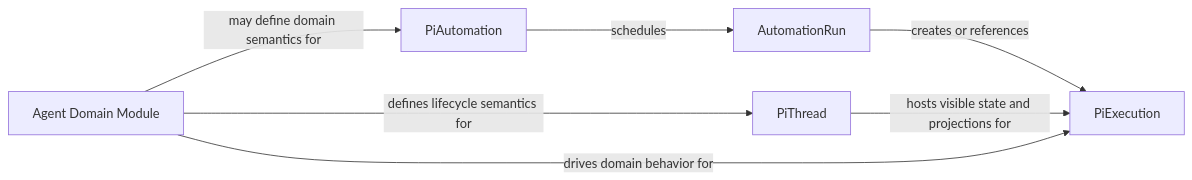
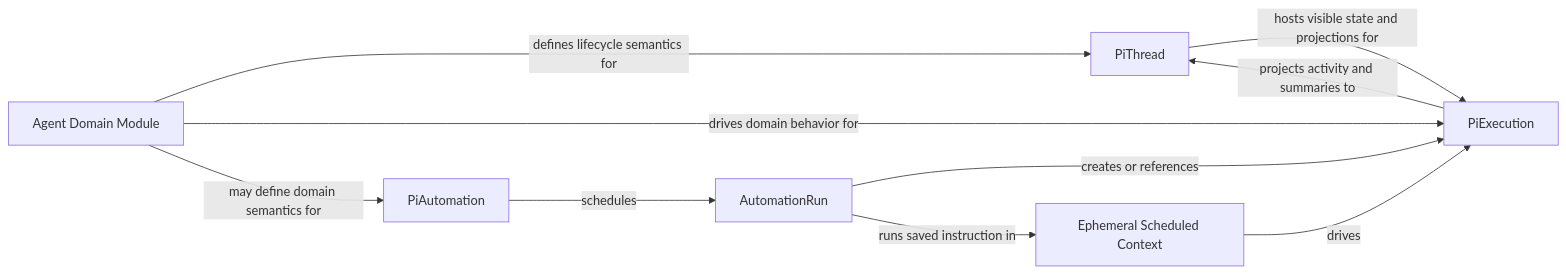
The third of 7 diagrams in typescript/clients/web-ag-ui/docs/c4-pi-runtime-architecture-and-boundaries.md (EmberAGI/arbitrum-vibekit), drawn with Mermaid before and after one commit. The commit also changed other lines of this file and 9 other files, not shown here.

Commit message:
fix(agent-runtime): harden scheduled automation runs

````diff
--- a/typescript/clients/web-ag-ui/docs/c4-pi-runtime-architecture-and-boundaries.md
+++ b/typescript/clients/web-ag-ui/docs/c4-pi-runtime-architecture-and-boundaries.md
@@ -212,15 +213,19 @@
 ```mermaid
 flowchart LR
   T[PiThread]
   E[PiExecution]
   A[PiAutomation]
   R[AutomationRun]
+  C[Ephemeral Scheduled Context]
   D[Agent Domain Module]
 
   A -->|schedules| R
   R -->|creates or references| E
+  R -->|runs saved instruction in| C
+  C -->|drives| E
+  E -->|projects activity and summaries to| T
   T -->|hosts visible state and projections for| E
   D -->|defines lifecycle semantics for| T
   D -->|drives domain behavior for| E
   D -->|may define domain semantics for| A
 ```
````
